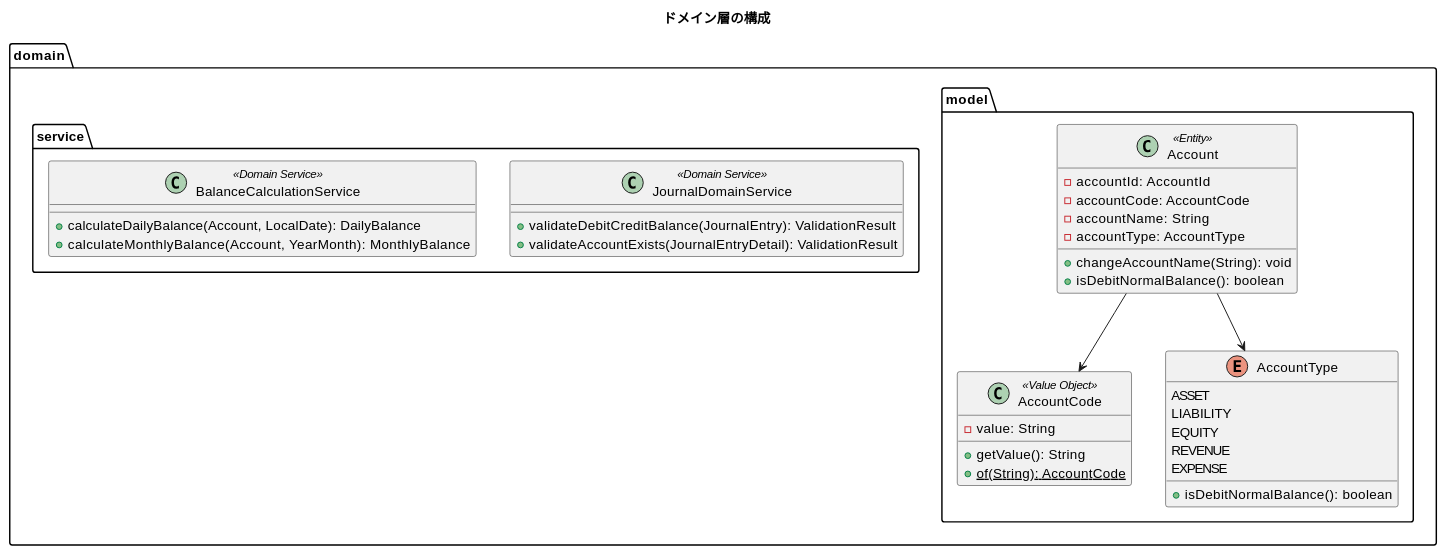
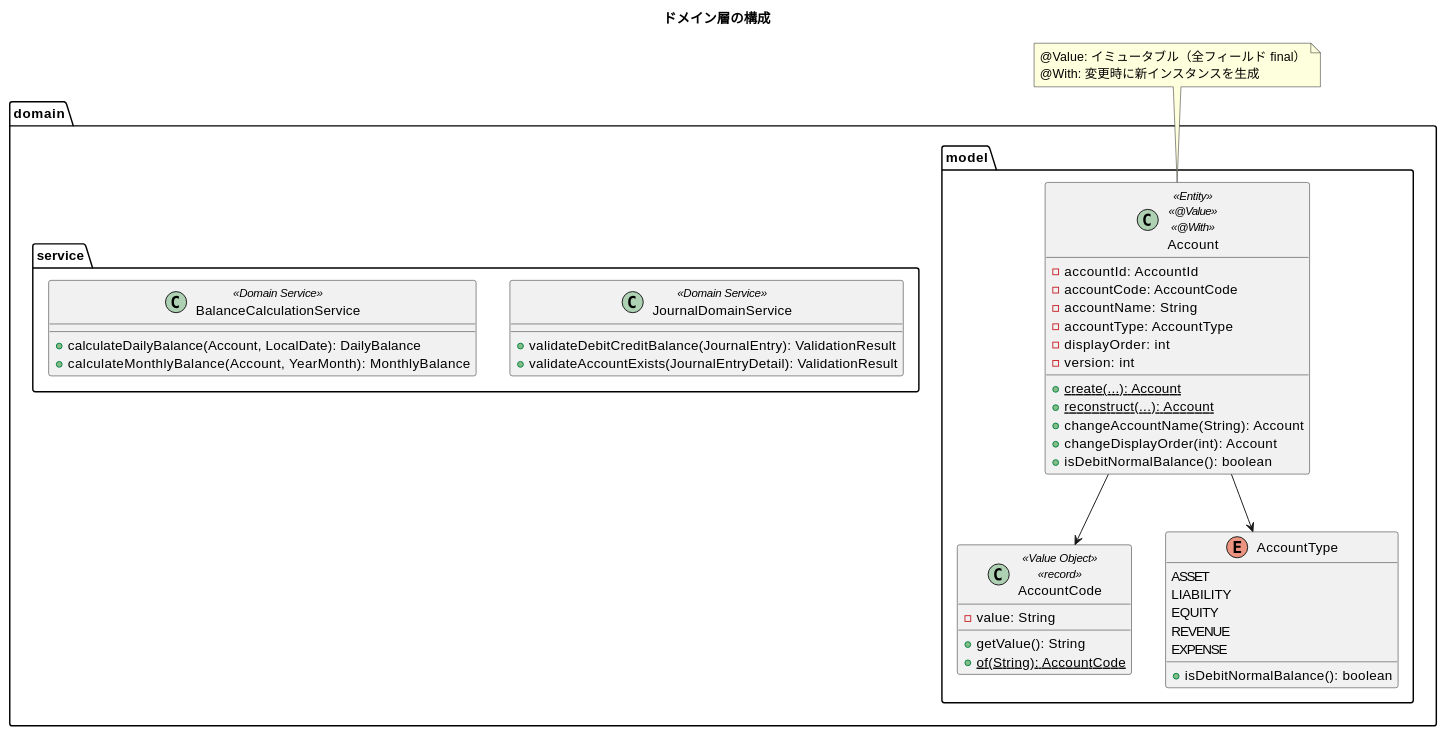
One commit to k2works/case-study-accounting changed the second of 6 diagrams in docs/design/architecture_backend.md. Above: the diagram before and after it, drawn with PlantUML. The commit also changed other lines of this file and 1 other file, not shown here.

First line of the commit message:
docs: エンティティ設計を @Value と @With によるイミュータブル設計に更新

````diff
--- a/docs/design/architecture_backend.md
+++ b/docs/design/architecture_backend.md
@@ -156,46 +156,56 @@
 ```plantuml
 @startuml
 title ドメイン層の構成
 
 package "domain.model" {
-  class Account <<Entity>> {
+  class Account <<Entity>> <<@Value>> <<@With>> {
     - accountId: AccountId
     - accountCode: AccountCode
     - accountName: String
     - accountType: AccountType
-    + changeAccountName(String): void
+    - displayOrder: int
+    - version: int
+    + {static} create(...): Account
+    + {static} reconstruct(...): Account
+    + changeAccountName(String): Account
+    + changeDisplayOrder(int): Account
     + isDebitNormalBalance(): boolean
   }
 
-  class AccountCode <<Value Object>> {
+  class AccountCode <<Value Object>> <<record>> {
     - value: String
     + getValue(): String
     + {static} of(String): AccountCode
   }
 
   enum AccountType {
     ASSET
     LIABILITY
     EQUITY
     REVENUE
     EXPENSE
     + isDebitNormalBalance(): boolean
   }
 }
 
 package "domain.service" {
   class JournalDomainService <<Domain Service>> {
     + validateDebitCreditBalance(JournalEntry): ValidationResult
     + validateAccountExists(JournalEntryDetail): ValidationResult
   }
 
   class BalanceCalculationService <<Domain Service>> {
     + calculateDailyBalance(Account, LocalDate): DailyBalance
     + calculateMonthlyBalance(Account, YearMonth): MonthlyBalance
   }
 }
 
 Account --> AccountCode
 Account --> AccountType
+
+note top of Account
+  @Value: イミュータブル（全フィールド final）
+  @With: 変更時に新インスタンスを生成
+end note
 @enduml
 ```
````
